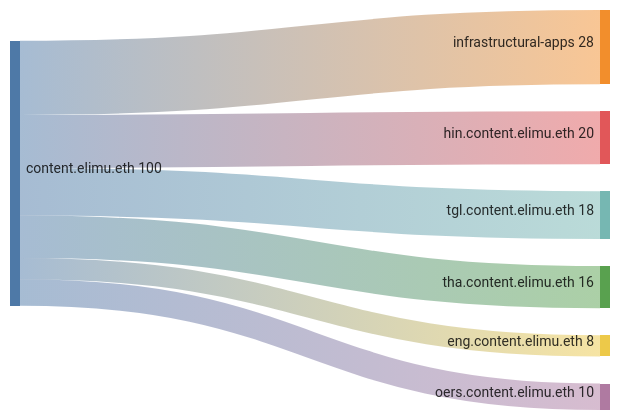
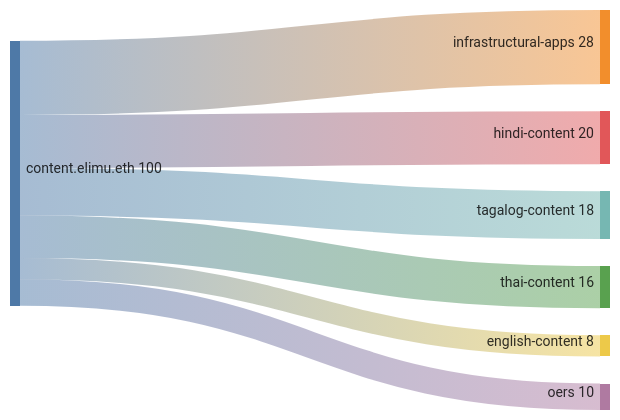
The first of 3 diagrams in DRIP_LIST_FUNDING_SPLITS.md (elimu-ai/web3-wiki), drawn with Mermaid before and after one commit. The commit also changed other lines of this file, not shown here.

````diff
--- a/DRIP_LIST_FUNDING_SPLITS.md
+++ b/DRIP_LIST_FUNDING_SPLITS.md
@@ -22,11 +22,11 @@
 ```mermaid
 sankey-beta
 
 %% source,target,value
 content.elimu.eth,infrastructural-apps,28.00
-content.elimu.eth,hin.content.elimu.eth,20.00
-content.elimu.eth,tgl.content.elimu.eth,18.00
-content.elimu.eth,tha.content.elimu.eth,16.00
-content.elimu.eth,eng.content.elimu.eth,8.00
-content.elimu.eth,oers.content.elimu.eth,10.00
+content.elimu.eth,hindi-content,20.00
+content.elimu.eth,tagalog-content,18.00
+content.elimu.eth,thai-content,16.00
+content.elimu.eth,english-content,8.00
+content.elimu.eth,oers,10.00
 ```
````
